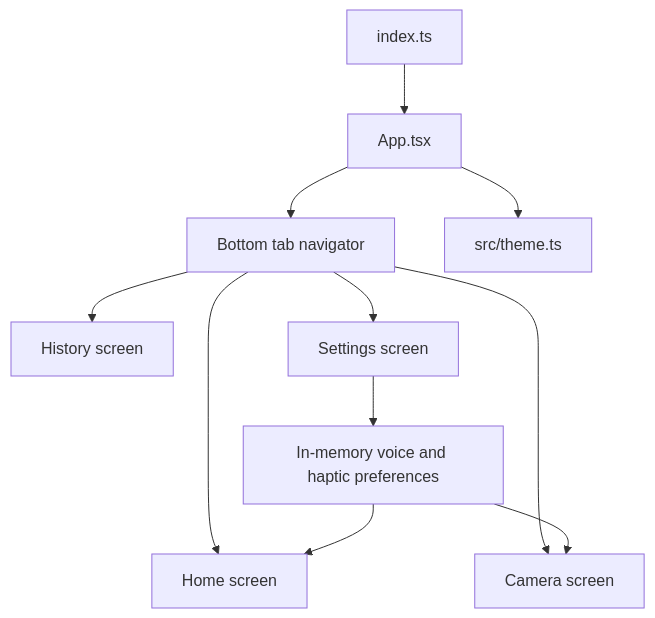
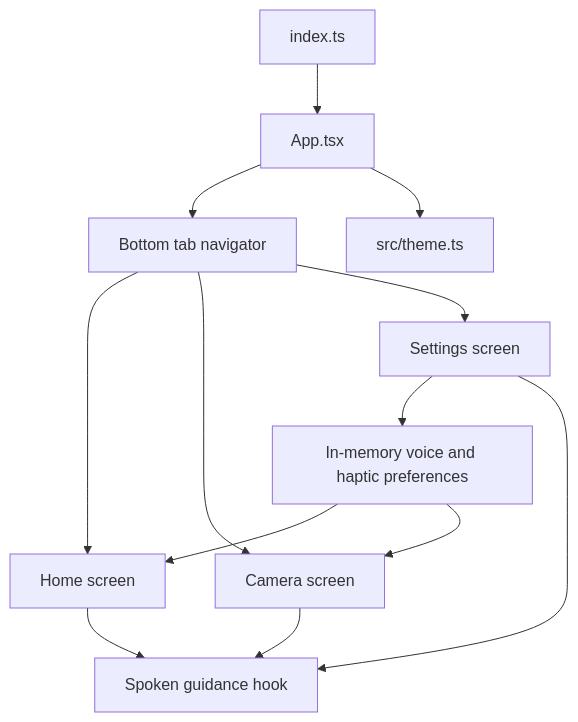
Before and after one commit to ArchCity18/vision: the diagram in docs/architecture.md, drawn with Mermaid. The commit also changed other lines of this file and 7 other files, not shown here.

Commit message:
Replace history tab with spoken navigation

````diff
--- a/docs/architecture.md
+++ b/docs/architecture.md
@@ -7,13 +7,15 @@
 ```mermaid
 flowchart TD
   Entry[index.ts] --> App[App.tsx]
   App --> Tabs[Bottom tab navigator]
   App --> Theme[src/theme.ts]
   Tabs --> Home[Home screen]
   Tabs --> Camera[Camera screen]
-  Tabs --> History[History screen]
   Tabs --> Settings[Settings screen]
   Settings --> State[In-memory voice and haptic preferences]
   State --> Home
   State --> Camera
+  Home --> Guidance[Spoken guidance hook]
+  Camera --> Guidance
+  Settings --> Guidance
 ```
````
